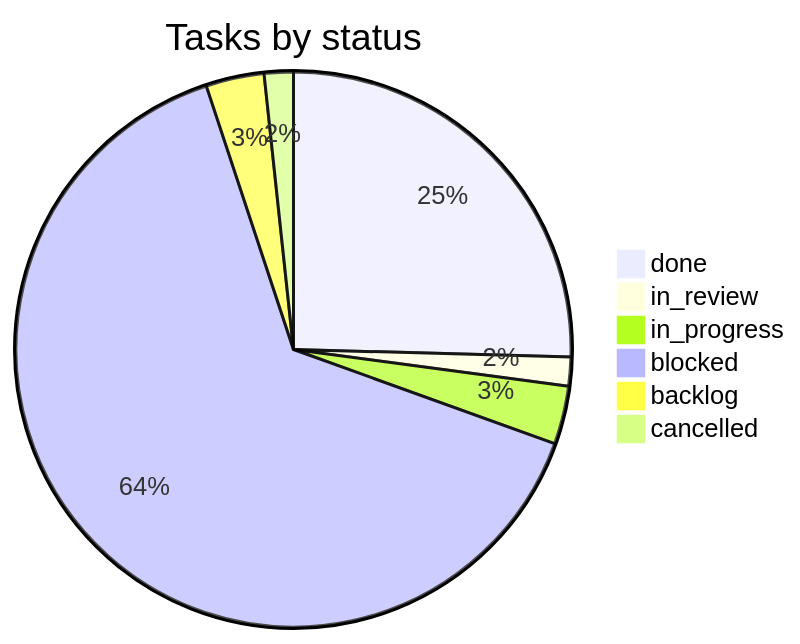
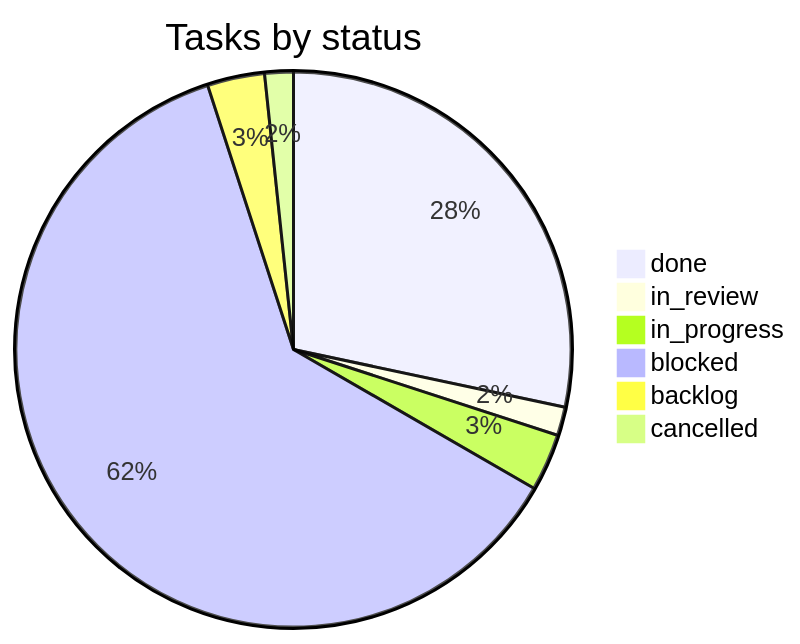
The second of 2 diagrams in PROGRESS.md (vulcanflow/docs), drawn with Mermaid before and after one commit. The commit also changed other lines of this file and 1 other file, not shown here.

````diff
--- a/PROGRESS.md
+++ b/PROGRESS.md
@@ -58,9 +58,9 @@
 ```mermaid
 pie title Tasks by status
-  "done" : 15
+  "done" : 17
   "in_review" : 1
   "in_progress" : 2
-  "blocked" : 38
+  "blocked" : 37
   "backlog" : 2
   "cancelled" : 1
 ```
````
